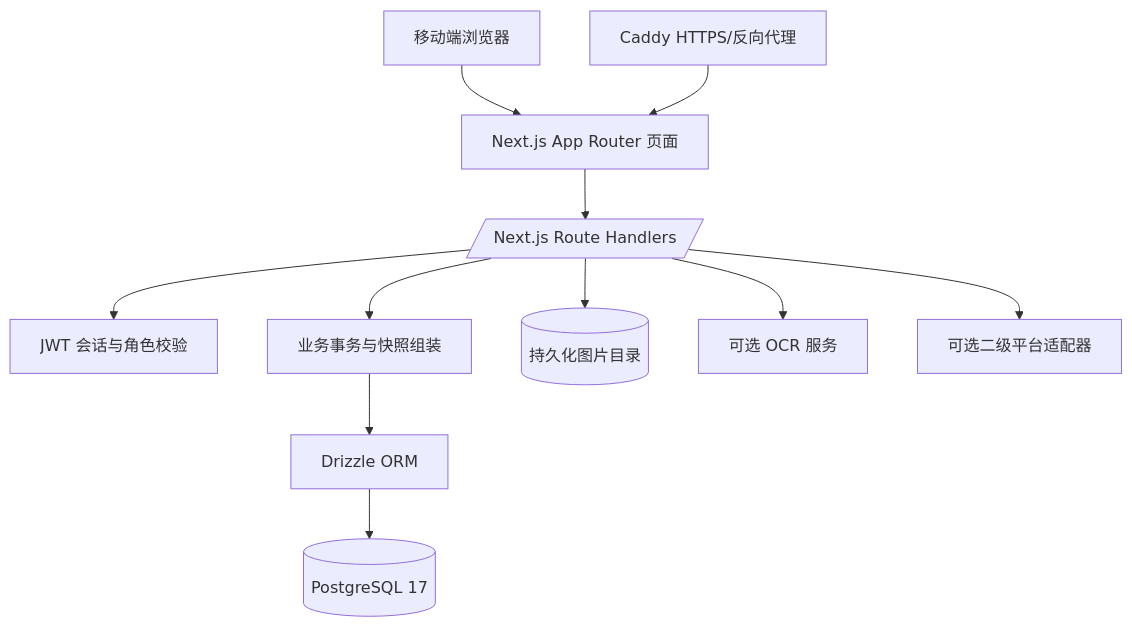
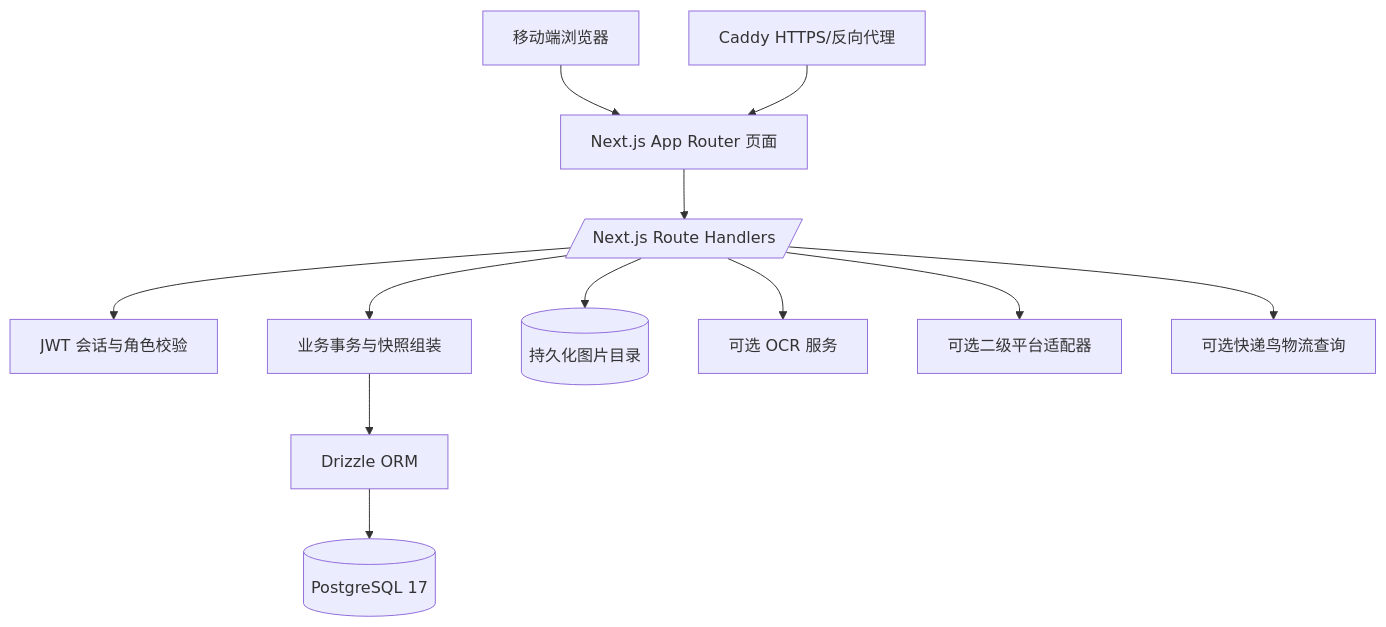
The third of 5 diagrams in docs/系统知识库.md (JJgitt/JunJunOrder), drawn with Mermaid before and after one commit. The commit also changed other lines of this file and 9 other files, not shown here.

````diff
--- a/docs/系统知识库.md
+++ b/docs/系统知识库.md
@@ -162,13 +162,14 @@
 ```mermaid
 flowchart TB
     Browser[移动端浏览器] --> Pages[Next.js App Router 页面]
     Pages --> Api[/Next.js Route Handlers/]
     Api --> Auth[JWT 会话与角色校验]
     Api --> Domain[业务事务与快照组装]
     Domain --> Drizzle[Drizzle ORM]
     Drizzle --> PostgreSQL[(PostgreSQL 17)]
     Api --> Files[(持久化图片目录)]
     Api --> OCR[可选 OCR 服务]
     Api --> Dewu[可选二级平台适配器]
+    Api --> Kdniao[可选快递鸟物流查询]
     Caddy[Caddy HTTPS/反向代理] --> Pages
 ```
````
